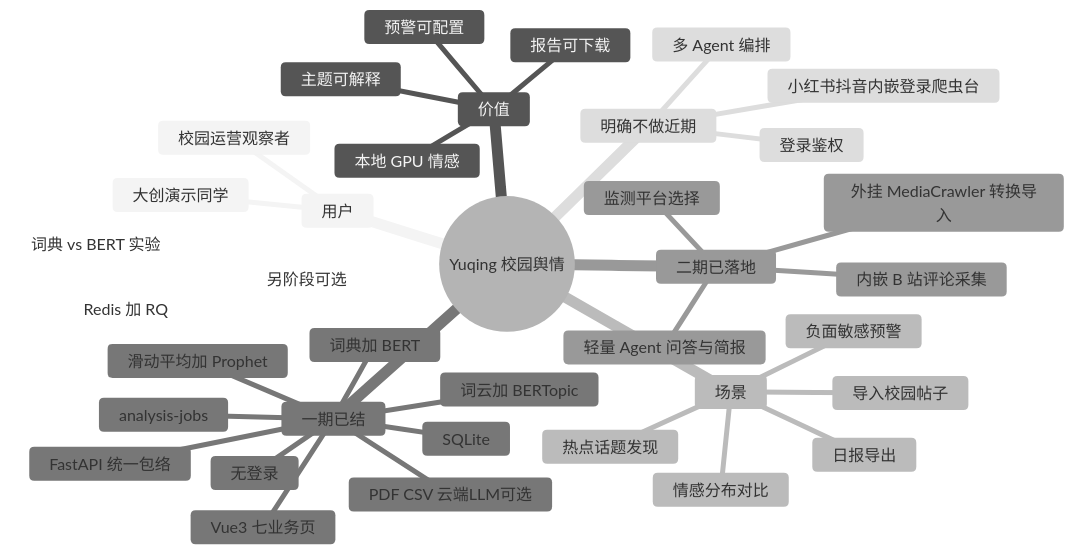
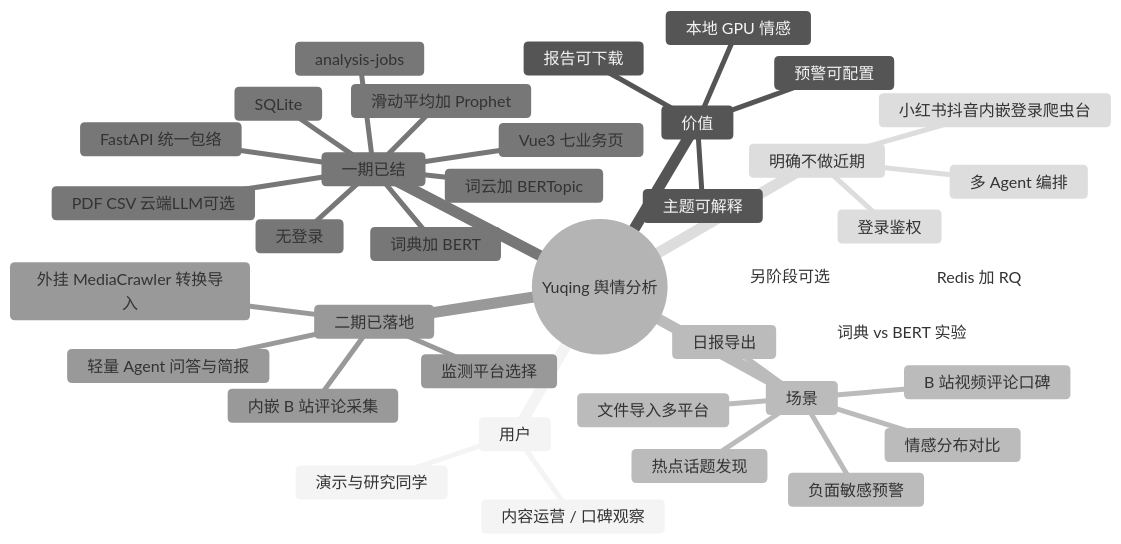
The seventh of 13 diagrams in docs/diagrams.md (LinJJ12/yuqing), drawn with Mermaid (neutral theme) before and after one commit. The commit also changed other lines of this file and 37 other files, not shown here.

````diff
--- a/docs/diagrams.md
+++ b/docs/diagrams.md
@@ -113,40 +113,41 @@
 ```mermaid
 mindmap
-  root((Yuqing 校园舆情))
+  root((Yuqing 舆情分析))
     用户
-      大创演示同学
-      校园运营观察者
+      演示与研究同学
+      内容运营 / 口碑观察
     价值
       本地 GPU 情感
       主题可解释
       预警可配置
       报告可下载
     场景
-      导入校园帖子
+      B 站视频评论口碑
+      文件导入多平台
       情感分布对比
       热点话题发现
       负面敏感预警
       日报导出
     一期已结
       Vue3 七业务页
       FastAPI 统一包络
       SQLite
       词典加 BERT
       词云加 BERTopic
       滑动平均加 Prophet
       analysis-jobs
       PDF CSV 云端LLM可选
       无登录
     二期已落地
       外挂 MediaCrawler 转换导入
       内嵌 B 站评论采集
       监测平台选择
       轻量 Agent 问答与简报
     明确不做近期
       登录鉴权
       多 Agent 编排
       小红书抖音内嵌登录爬虫台
     另阶段可选
       词典 vs BERT 实验
       Redis 加 RQ
 ```
````
